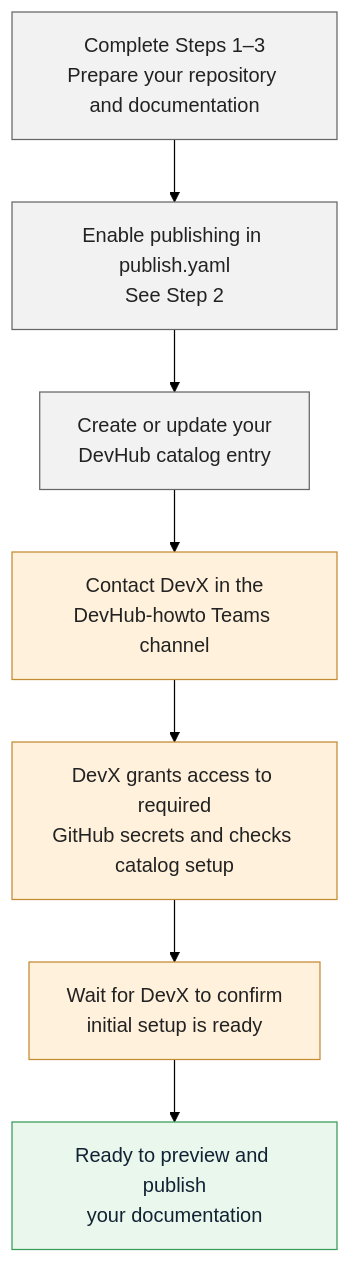
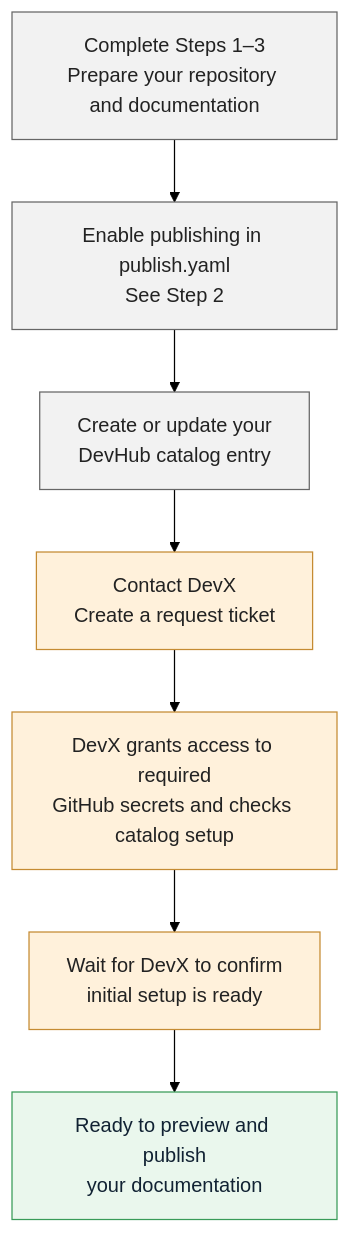
One commit to bcgov/bcdg changed the first of 2 diagrams in docs/content-partner-guide.md. Above: the diagram before and after it, drawn with Mermaid (forest theme). The commit also changed other lines of this file, not shown here.

````diff
--- a/docs/content-partner-guide.md
+++ b/docs/content-partner-guide.md
@@ -144,17 +156,19 @@
 ```mermaid
 flowchart TD
     A["Complete Steps 1–3<br/>Prepare your repository and documentation"] --> B["Enable publishing in publish.yaml<br/>See Step 2"]
     B --> C["Create or update your<br/>DevHub catalog entry"]
-    C --> D["Contact DevX in the<br/>DevHub-howto Teams channel"]
+    C --> D["Contact DevX<br/>Create a request ticket"]
     D --> E["DevX grants access to required<br/>GitHub secrets and checks catalog setup"]
     E --> F["Wait for DevX to confirm<br/>initial setup is ready"]
     F --> G["Ready to preview and publish<br/>your documentation"]
 
     classDef preparation fill:#f2f2f2,stroke:#666,color:#222
     classDef coordination fill:#fff1db,stroke:#c58b32,color:#222
     classDef ready fill:#eaf7ed,stroke:#399b59,color:#123
 
     class A,B,C preparation
     class D,E,F coordination
     class G ready
+
+    click D "https://citz-do.atlassian.net/servicedesk/customer/portal/2/group/9/create/764" "Create a TechDocs setup request" _blank
 ```
````
